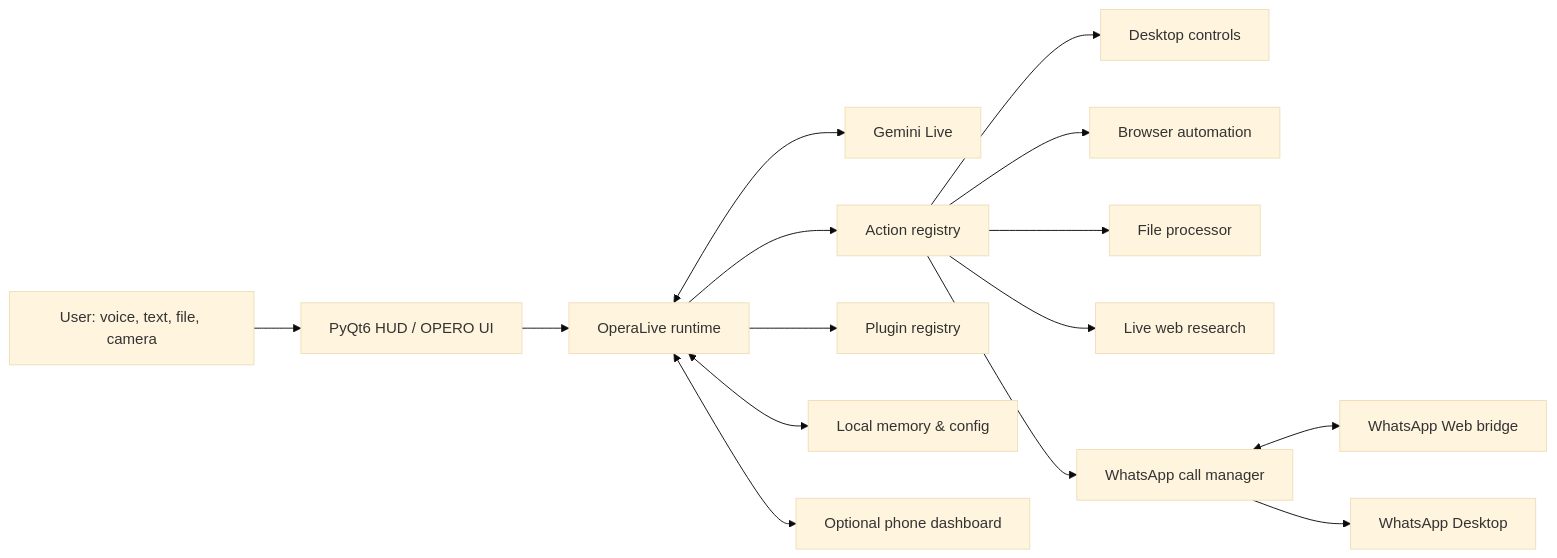
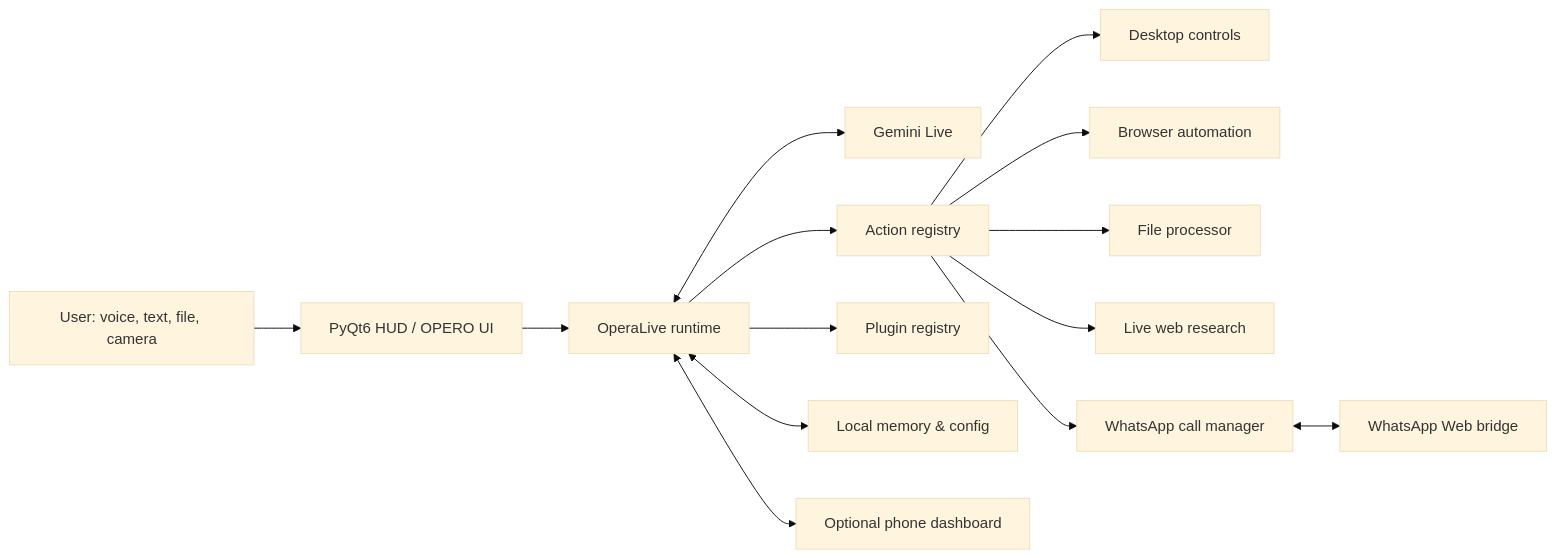
The first of 4 diagrams in README.md (channallikrishnasai/The-Opero), drawn with Mermaid (base theme) before and after one commit. The commit also changed other lines of this file and 69 other files, not shown here.

````diff
--- a/README.md
+++ b/README.md
@@ -74,17 +100,16 @@
 ```mermaid
 flowchart LR
     U[User: voice, text, file, camera] --> UI[PyQt6 HUD / OPERO UI]
     UI --> R[OperaLive runtime]
     R <--> GL[Gemini Live]
     R --> AR[Action registry]
     R --> PR[Plugin registry]
     R <--> MEM[Local memory & config]
     AR --> DESK[Desktop controls]
     AR --> WEB[Browser automation]
     AR --> FILES[File processor]
     AR --> SEARCH[Live web research]
     AR --> WA[WhatsApp call manager]
     WA <--> BRIDGE[WhatsApp Web bridge]
-    WA --> WAD[WhatsApp Desktop]
     R <--> DASH[Optional phone dashboard]
 ```
````
